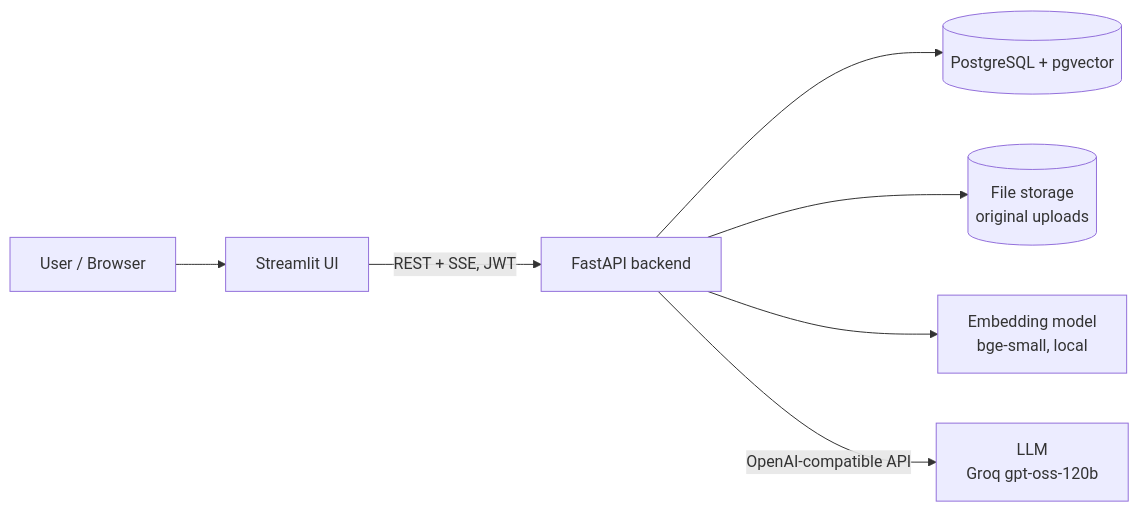
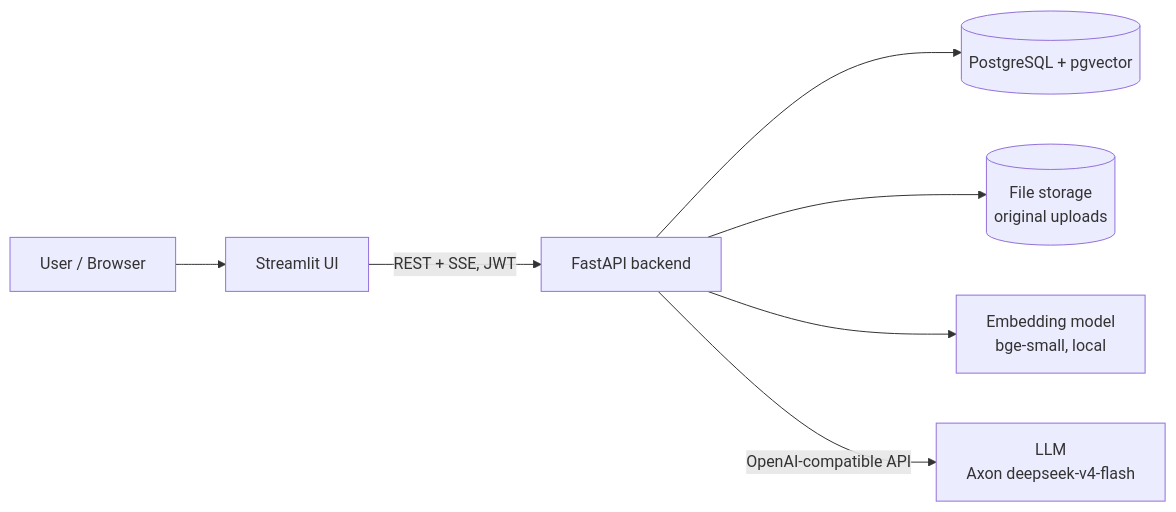
One commit to gpr-27/Assignment changed the first of 7 diagrams in rag-assistant/docs/ARCHITECTURE.md. Above: the diagram before and after it, drawn with Mermaid. The commit also changed other lines of this file and 11 other files, not shown here.

First line of the commit message:
Switch default LLM to Agent Router (Axon) deepseek-v4-flash.

````diff
--- a/rag-assistant/docs/ARCHITECTURE.md
+++ b/rag-assistant/docs/ARCHITECTURE.md
@@ -5,9 +5,9 @@
 ```mermaid
 flowchart LR
     U[User / Browser] --> UI[Streamlit UI]
     UI -->|REST + SSE, JWT| API[FastAPI backend]
     API --> PG[(PostgreSQL + pgvector)]
     API --> FS[(File storage<br/>original uploads)]
     API --> EMB[Embedding model<br/>bge-small, local]
-    API -->|OpenAI-compatible API| LLM[LLM<br/>Groq gpt-oss-120b]
+    API -->|OpenAI-compatible API| LLM[LLM<br/>Axon deepseek-v4-flash]
 ```
````
